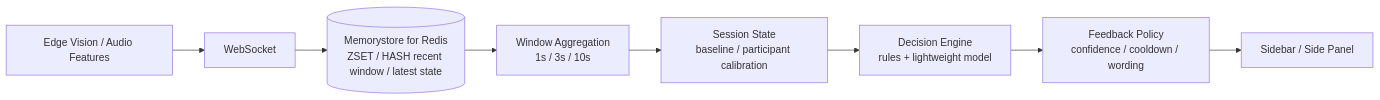
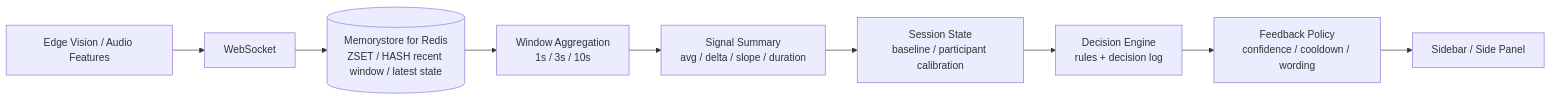
The fifth of 6 diagrams in plan/1st-plan.md (k-kanke/reaction-engine), drawn with Mermaid before and after one commit. The commit also changed other lines of this file and 9 other files, not shown here.

````diff
--- a/plan/1st-plan.md
+++ b/plan/1st-plan.md
@@ -367,19 +373,21 @@
 ```mermaid
 flowchart LR
   edge["Edge Vision / Audio Features"]
   ws["WebSocket"]
   recent[("Memorystore for Redis<br/>ZSET / HASH recent window / latest state")]
   window["Window Aggregation<br/>1s / 3s / 10s"]
+  summary["Signal Summary<br/>avg / delta / slope / duration"]
   state["Session State<br/>baseline / participant calibration"]
-  decision["Decision Engine<br/>rules + lightweight model"]
+  decision["Decision Engine<br/>rules + decision log"]
   policy["Feedback Policy<br/>confidence / cooldown / wording"]
   ui["Sidebar / Side Panel"]
 
   edge --> ws
   ws --> recent
   recent --> window
-  window --> state
+  window --> summary
+  summary --> state
   state --> decision
   decision --> policy
   policy --> ui
 ```
````
